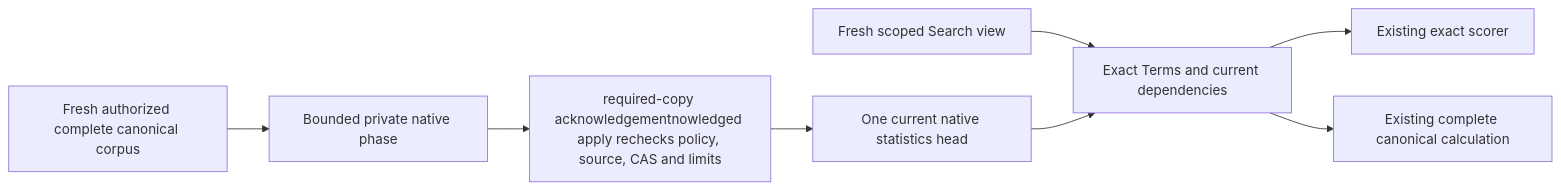
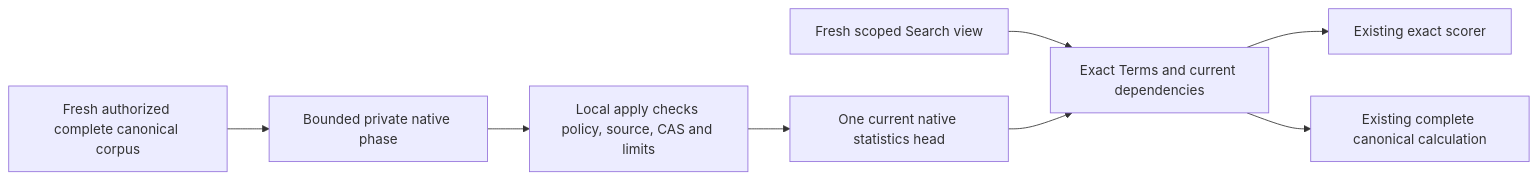
One commit to managedcode/KeyLoad changed the first of 3 diagrams in docs/Features/Search/Bm25CorpusCurrent.md. Above: the diagram before and after it, drawn with Mermaid. The commit also changed other lines of this file and 1094 other files, not shown here.

````diff
--- a/docs/Features/Search/Bm25CorpusCurrent.md
+++ b/docs/Features/Search/Bm25CorpusCurrent.md
@@ -66,10 +66,10 @@
 ```mermaid
 flowchart LR
     Capture[Fresh authorized complete canonical corpus] --> Phase[Bounded private native phase]
-    Phase --> Apply[required-copy acknowledgementnowledged apply rechecks policy, source, CAS and limits]
+    Phase --> Apply[Local apply checks policy, source, CAS and limits]
     Apply --> Head[One current native statistics head]
     Read[Fresh scoped Search view] --> Validate[Exact Terms and current dependencies]
     Head --> Validate
     Validate --> Reuse[Existing exact scorer]
     Validate --> Canonical[Existing complete canonical calculation]
 ```
````
